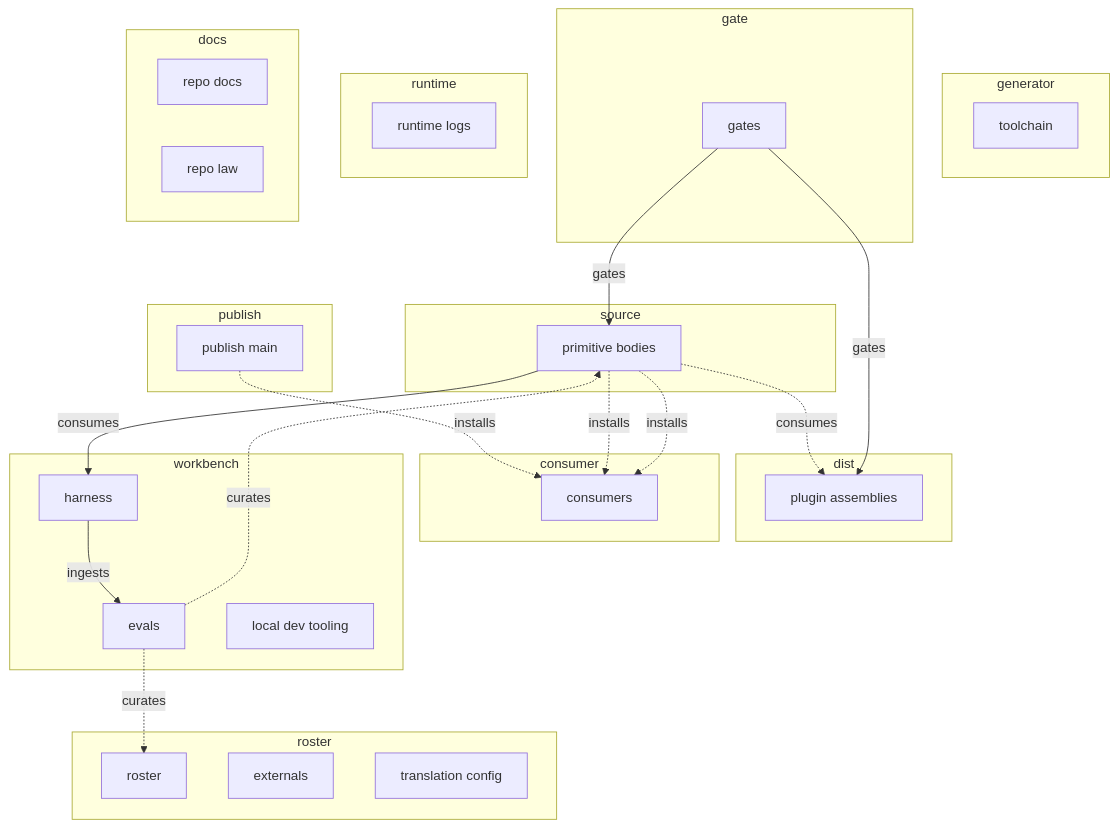
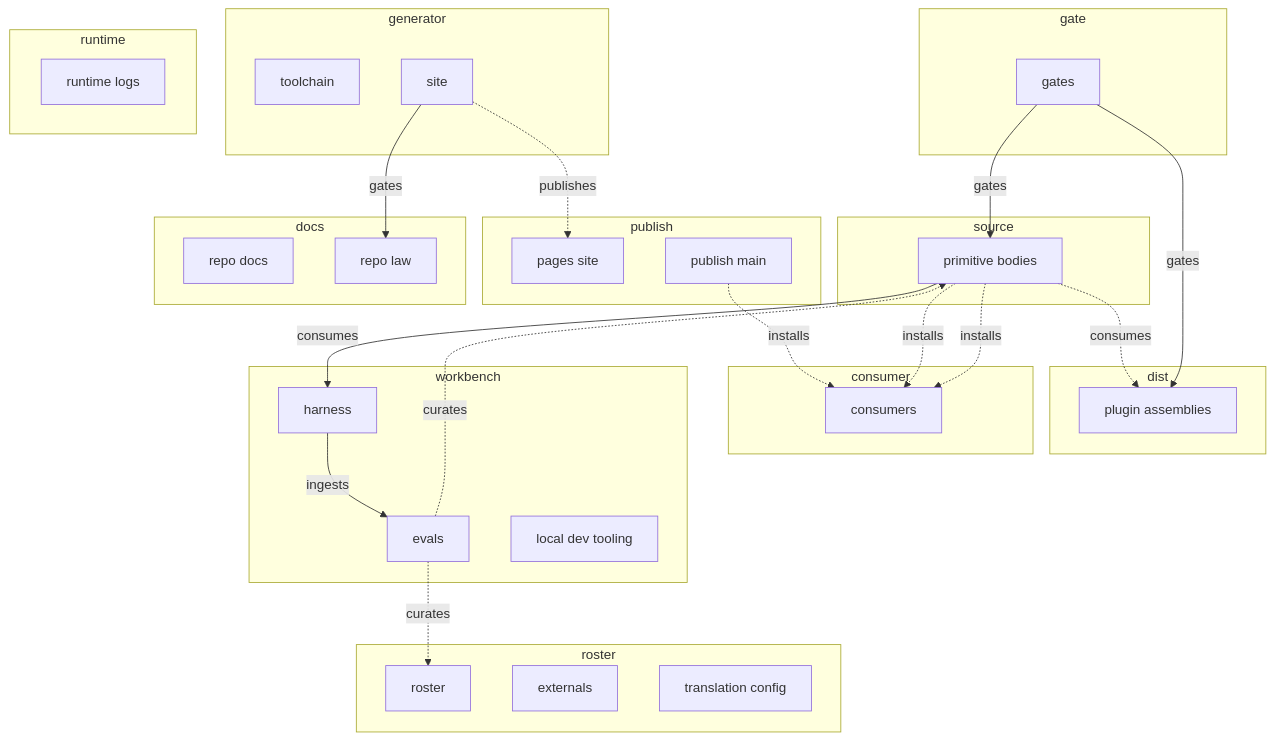
Before and after one commit to hsb3/dotfiles-agents: the diagram in docs/FLOW.md, drawn with Mermaid. The commit also changed 12 other files, not shown here.

First line of the commit message:
site: wire the Bun renderer into make, CI and Pages; retire the Pandoc builder

````diff
--- a/docs/FLOW.md
+++ b/docs/FLOW.md
@@ -29,49 +29,53 @@
 ```mermaid
 flowchart TD
   subgraph L_roster[roster]
     N_roster[roster]
     N_externals[externals]
     N_translation_config[translation config]
   end
   subgraph L_source[source]
     N_primitive_bodies[primitive bodies]
   end
   subgraph L_generator[generator]
     N_toolchain[toolchain]
+    N_site[site]
   end
   subgraph L_gate[gate]
     N_gates[gates]
   end
   subgraph L_dist[dist]
     N_plugin_assemblies[plugin assemblies]
   end
   subgraph L_publish[publish]
+    N_pages_site[pages site]
     N_publish_main[publish main]
   end
   subgraph L_consumer[consumer]
     N_consumers[consumers]
   end
   subgraph L_workbench[workbench]
     N_harness[harness]
     N_evals[evals]
     N_local_dev_tooling[local dev tooling]
   end
   subgraph L_runtime[runtime]
     N_runtime_logs[runtime logs]
   end
   subgraph L_docs[docs]
     N_repo_docs[repo docs]
     N_repo_law[repo law]
   end
   N_gates -->|gates| N_primitive_bodies
   N_primitive_bodies -.->|consumes| N_plugin_assemblies
   N_gates -->|gates| N_plugin_assemblies
   N_primitive_bodies -->|consumes| N_harness
   N_harness -->|ingests| N_evals
   N_publish_main -.->|installs| N_consumers
   N_primitive_bodies -.->|installs| N_consumers
   N_primitive_bodies -.->|installs| N_consumers
   N_evals -.->|curates| N_roster
   N_evals -.->|curates| N_primitive_bodies
+  N_site -->|gates| N_repo_law
+  N_site -.->|publishes| N_pages_site
   classDef planned stroke-dasharray: 6 4
 ```
````
